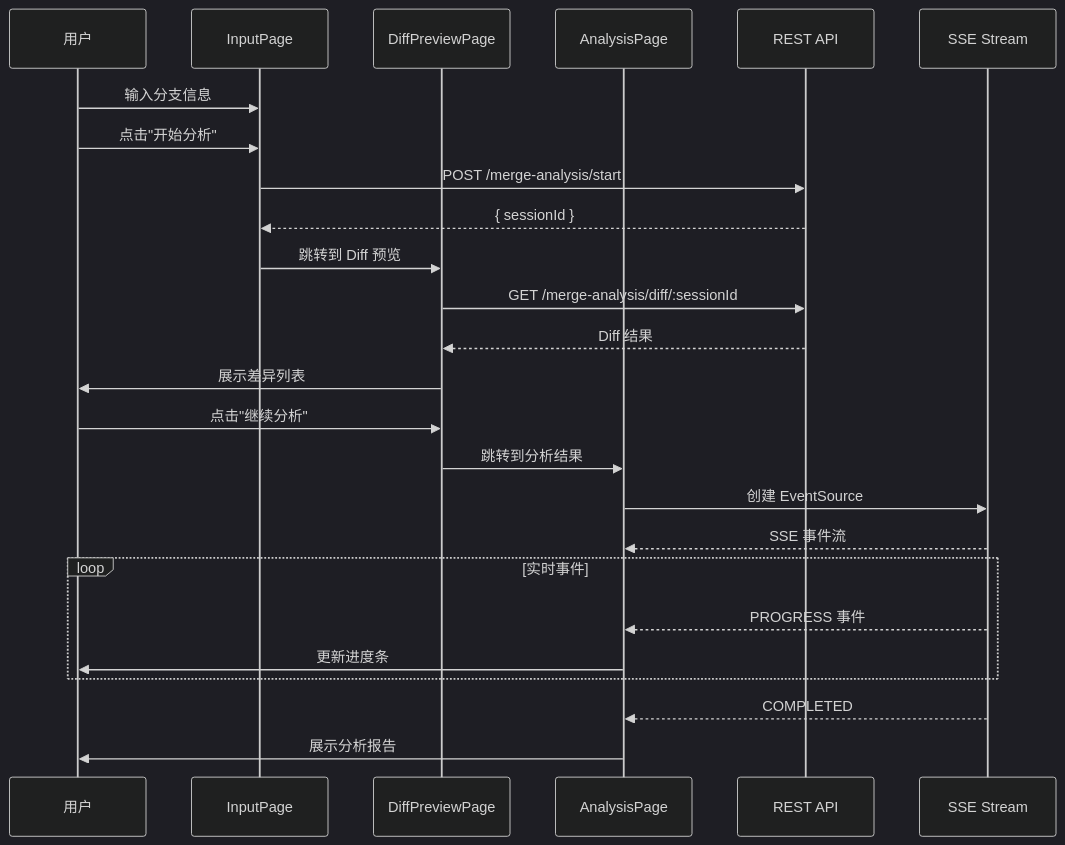
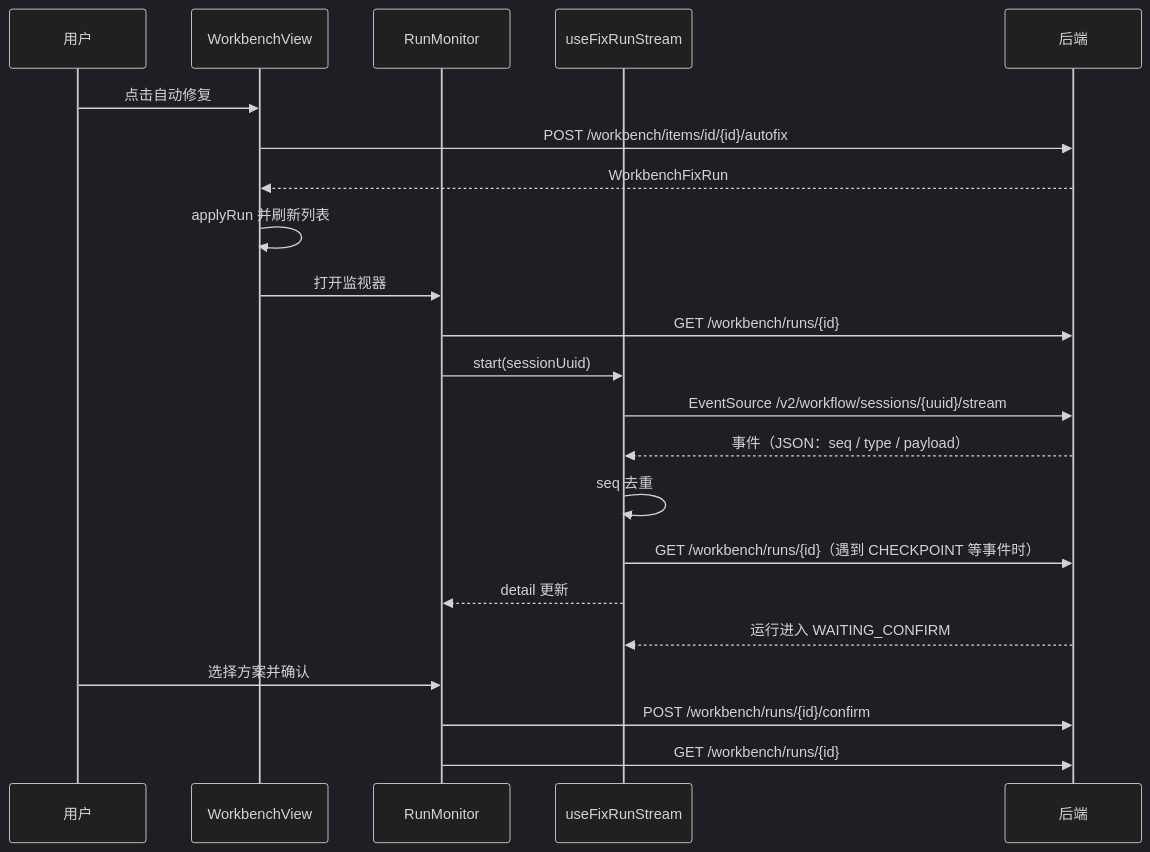
Before and after one commit to shenjiangchun/codeKnowledge: the fifth of 8 diagrams in hisi-dev-tool-frontend/docs/codewiki/04-数据流程/index.md, drawn with Mermaid (dark theme). The commit also changed other lines of this file and 82 other files, not shown here.

````diff
--- a/hisi-dev-tool-frontend/docs/codewiki/04-数据流程/index.md
+++ b/hisi-dev-tool-frontend/docs/codewiki/04-数据流程/index.md
@@ -171,33 +182,25 @@
 ```mermaid
 sequenceDiagram
     participant U as 用户
-    participant IP as InputPage
-    participant DPP as DiffPreviewPage
-    participant AP as AnalysisPage
-    participant API as REST API
-    participant SSE as SSE Stream
+    participant V as WorkbenchView
+    participant M as RunMonitor
+    participant F as useFixRunStream
+    participant BE as 后端
 
-    U->>IP: 输入分支信息
-    U->>IP: 点击"开始分析"
-    IP->>API: POST /merge-analysis/start
-    API-->>IP: { sessionId }
-    IP->>DPP: 跳转到 Diff 预览
-
-    DPP->>API: GET /merge-analysis/diff/:sessionId
-    API-->>DPP: Diff 结果
-    DPP->>U: 展示差异列表
-
-    U->>DPP: 点击"继续分析"
-    DPP->>AP: 跳转到分析结果
-
-    AP->>SSE: 创建 EventSource
-    SSE-->>AP: SSE 事件流
-
-    loop 实时事件
-        SSE-->>AP: PROGRESS 事件
-        AP->>U: 更新进度条
-    end
-
-    SSE-->>AP: COMPLETED
-    AP->>U: 展示分析报告
+    U->>V: 点击自动修复
+    V->>BE: POST /workbench/items/id/{id}/autofix
+    BE-->>V: WorkbenchFixRun
+    V->>V: applyRun 并刷新列表
+    V->>M: 打开监视器
+    M->>BE: GET /workbench/runs/{id}
+    M->>F: start(sessionUuid)
+    F->>BE: EventSource /v2/workflow/sessions/{uuid}/stream
+    BE-->>F: 事件（JSON：seq / type / payload）
+    F->>F: seq 去重
+    F->>BE: GET /workbench/runs/{id}（遇到 CHECKPOINT 等事件时）
+    F-->>M: detail 更新
+    BE-->>F: 运行进入 WAITING_CONFIRM
+    U->>M: 选择方案并确认
+    M->>BE: POST /workbench/runs/{id}/confirm
+    M->>BE: GET /workbench/runs/{id}
 ```
````
